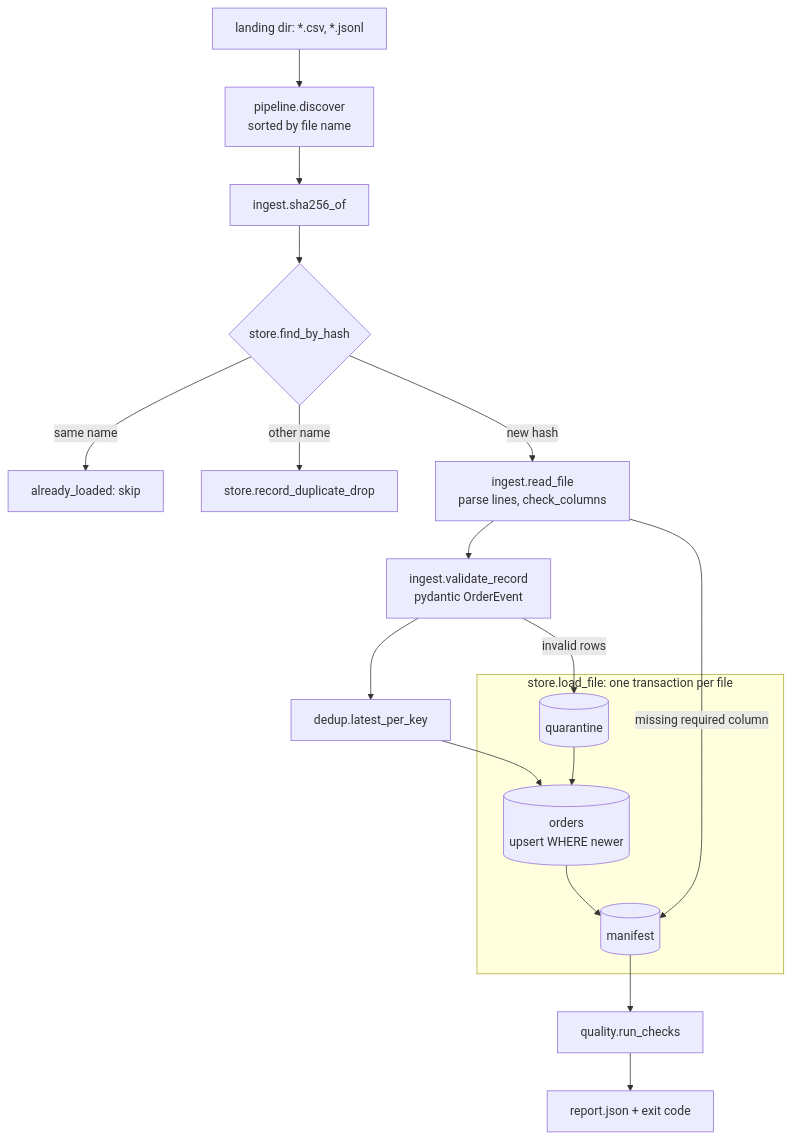
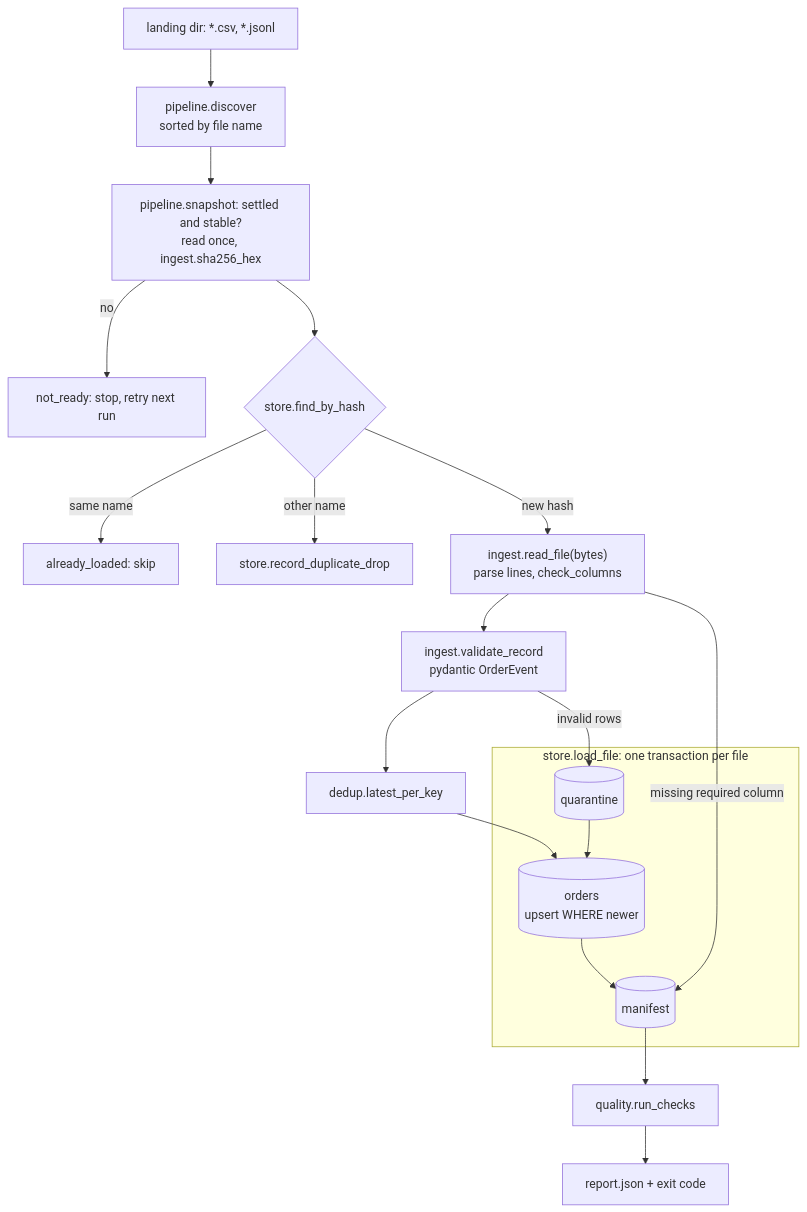
The diagram in README.md (0xrutabaga/datapulse), drawn with Mermaid before and after one commit. The commit also changed other lines of this file and 5 other files, not shown here.

````diff
--- a/README.md
+++ b/README.md
@@ -51,22 +60,23 @@
 ```mermaid
 flowchart TD
     A["landing dir: *.csv, *.jsonl"] --> B["pipeline.discover<br/>sorted by file name"]
-    B --> C["ingest.sha256_of"]
+    B --> C["pipeline.snapshot: settled and stable?<br/>read once, ingest.sha256_hex"]
+    C -- "no" --> Z["not_ready: stop, retry next run"]
     C --> D{"store.find_by_hash"}
     D -- "same name" --> E["already_loaded: skip"]
     D -- "other name" --> F["store.record_duplicate_drop"]
-    D -- "new hash" --> G["ingest.read_file<br/>parse lines, check_columns"]
+    D -- "new hash" --> G["ingest.read_file(bytes)<br/>parse lines, check_columns"]
     G --> H["ingest.validate_record<br/>pydantic OrderEvent"]
     H --> I["dedup.latest_per_key"]
     subgraph TX ["store.load_file: one transaction per file"]
         J[("quarantine")]
         K[("orders<br/>upsert WHERE newer")]
         L[("manifest")]
     end
     G -- "missing required column" --> L
     H -- "invalid rows" --> J
     I --> K
     J --> K --> L
     L --> M["quality.run_checks"]
     M --> N["report.json + exit code"]
 ```
````
